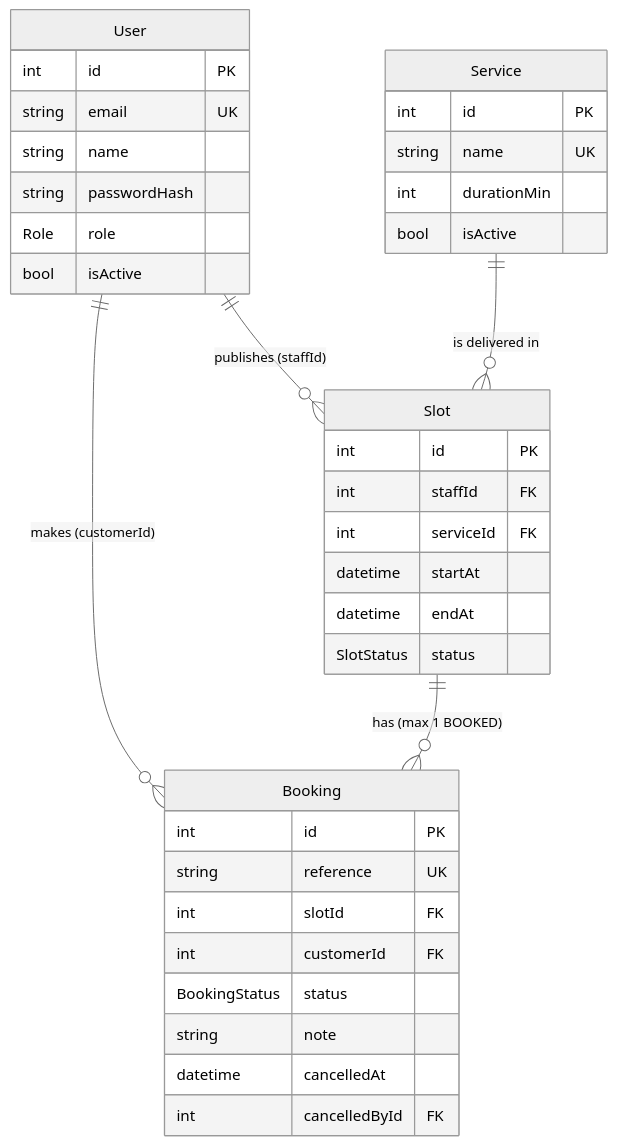
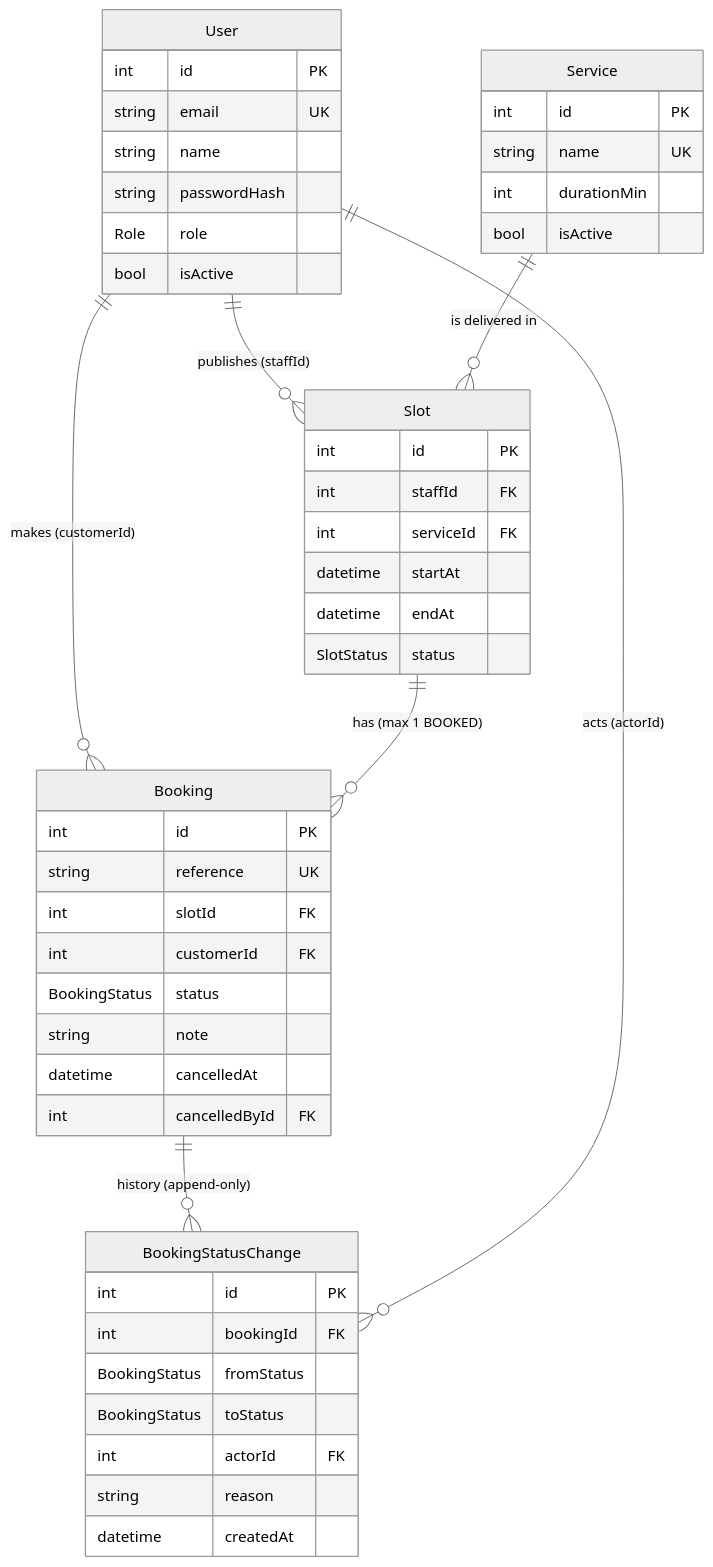
One commit to amraneyanis2006-cmyk/slotbook changed the second of 2 diagrams in docs/system-sds.md. Above: the diagram before and after it, drawn with Mermaid (neutral theme). The commit also changed other lines of this file and 12 other files, not shown here.

````diff
--- a/docs/system-sds.md
+++ b/docs/system-sds.md
@@ -59,31 +59,40 @@
 ```mermaid
 erDiagram
   User ||--o{ Slot : "publishes (staffId)"
   User ||--o{ Booking : "makes (customerId)"
   Service ||--o{ Slot : "is delivered in"
   Slot ||--o{ Booking : "has (max 1 BOOKED)"
+  Booking ||--o{ BookingStatusChange : "history (append-only)"
+  User ||--o{ BookingStatusChange : "acts (actorId)"
   User { int id PK
          string email UK
          string name
          string passwordHash
          Role role
          bool isActive }
   Service { int id PK
             string name UK
             int durationMin
             bool isActive }
   Slot { int id PK
          int staffId FK
          int serviceId FK
          datetime startAt
          datetime endAt
          SlotStatus status }
   Booking { int id PK
             string reference UK
             int slotId FK
             int customerId FK
             BookingStatus status
             string note
             datetime cancelledAt
             int cancelledById FK }
+  BookingStatusChange { int id PK
+            int bookingId FK
+            BookingStatus fromStatus
+            BookingStatus toStatus
+            int actorId FK
+            string reason
+            datetime createdAt }
 ```
````
